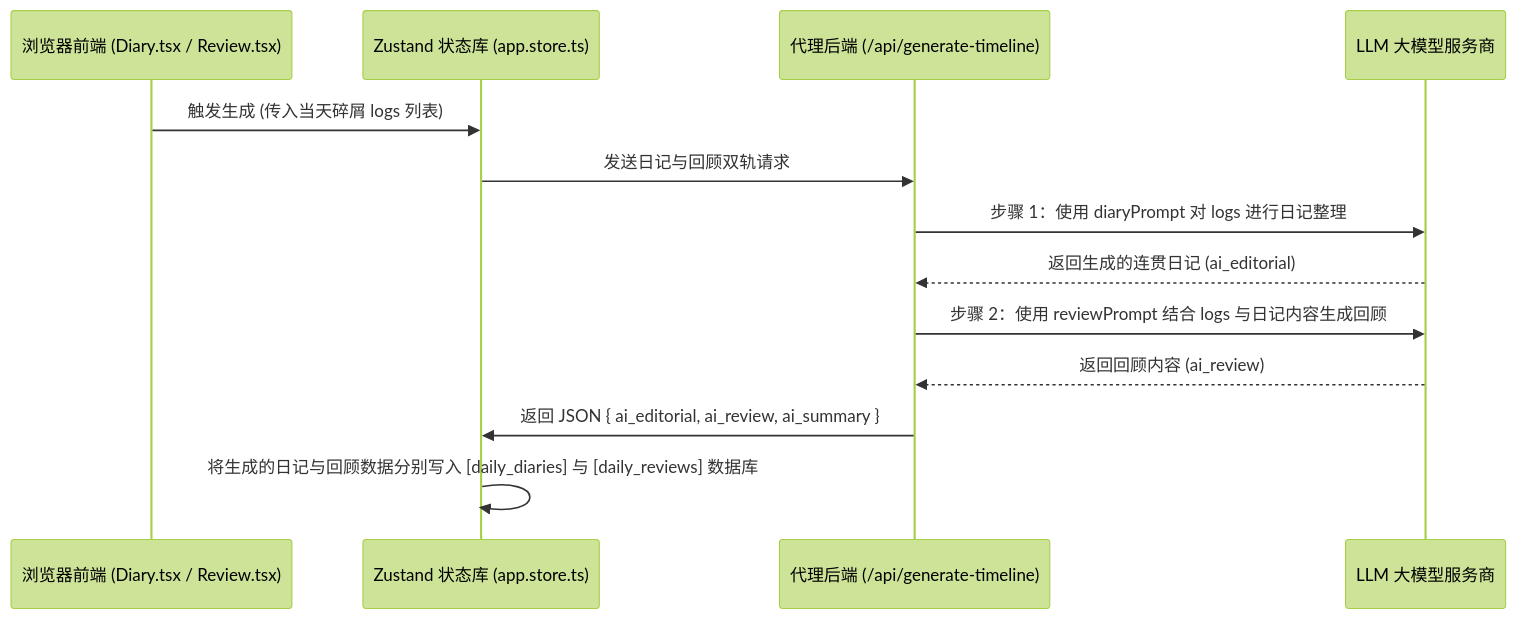
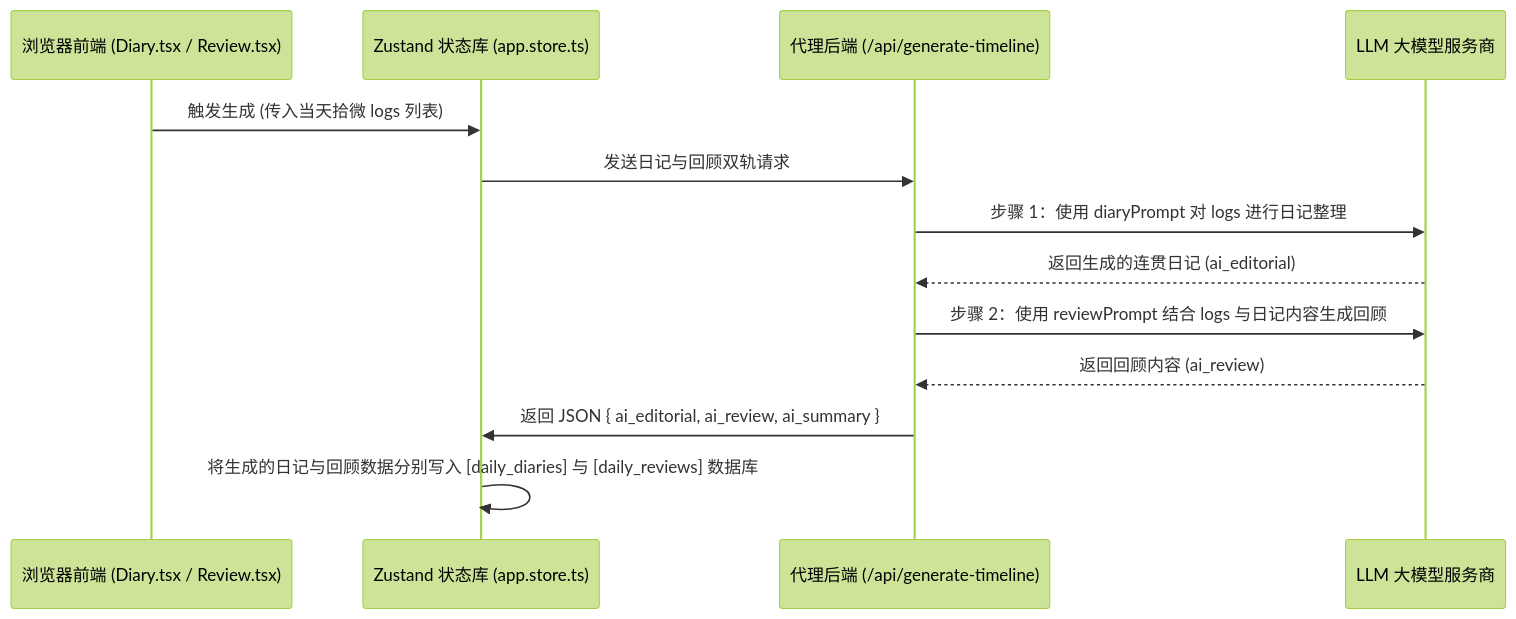
Before and after one commit to haotianliangye/baimiaobiji: the second of 3 diagrams in docs/architecture.md, drawn with Mermaid (forest theme). The commit also changed other lines of this file and 77 other files, not shown here.

````diff
--- a/docs/architecture.md
+++ b/docs/architecture.md
@@ -45,16 +45,16 @@
 ```mermaid
 sequenceDiagram
     participant Frontend as 浏览器前端 (Diary.tsx / Review.tsx)
     participant Store as Zustand 状态库 (app.store.ts)
     participant Backend as 代理后端 (/api/generate-timeline)
     participant LLM as LLM 大模型服务商
 
-    Frontend->>Store: 触发生成 (传入当天碎屑 logs 列表)
+    Frontend->>Store: 触发生成 (传入当天拾微 logs 列表)
     Store->>Backend: 发送日记与回顾双轨请求
     Backend->>LLM: 步骤 1：使用 diaryPrompt 对 logs 进行日记整理
     LLM-->>Backend: 返回生成的连贯日记 (ai_editorial)
     Backend->>LLM: 步骤 2：使用 reviewPrompt 结合 logs 与日记内容生成回顾
     LLM-->>Backend: 返回回顾内容 (ai_review)
     Backend->>Store: 返回 JSON { ai_editorial, ai_review, ai_summary }
     Store->>Store: 将生成的日记与回顾数据分别写入 [daily_diaries] 与 [daily_reviews] 数据库
 ```
````
